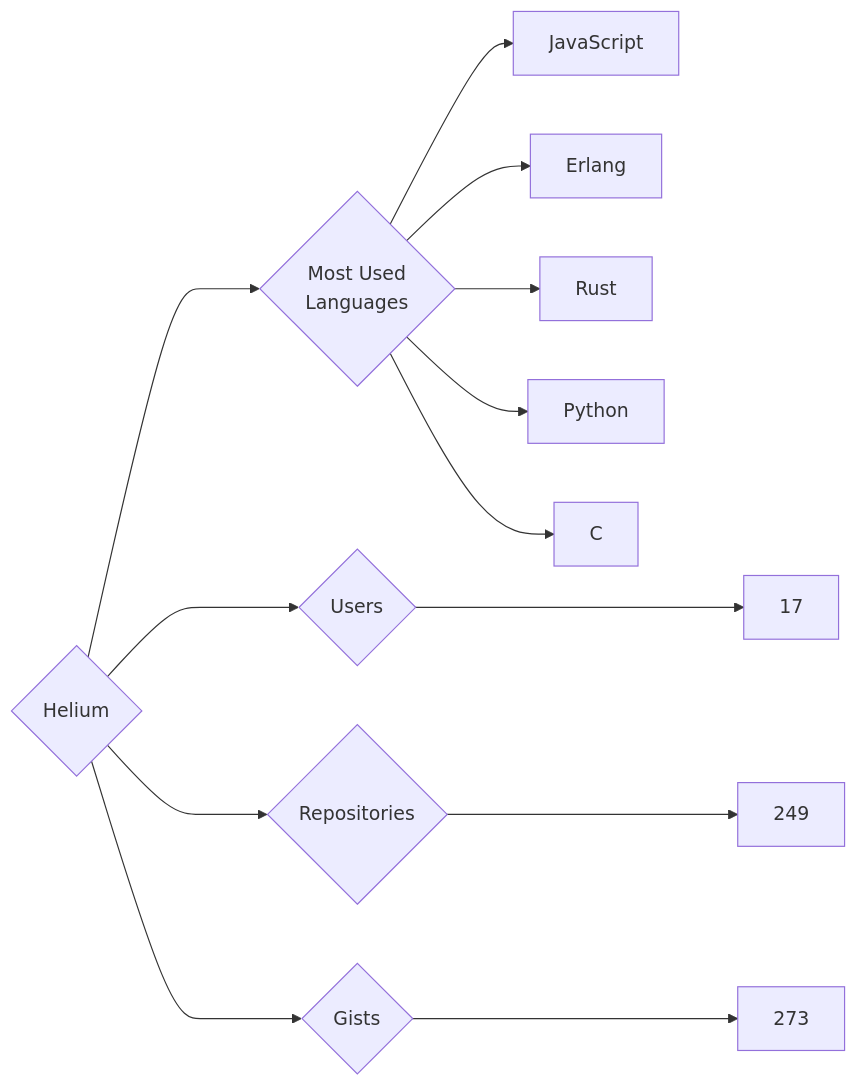
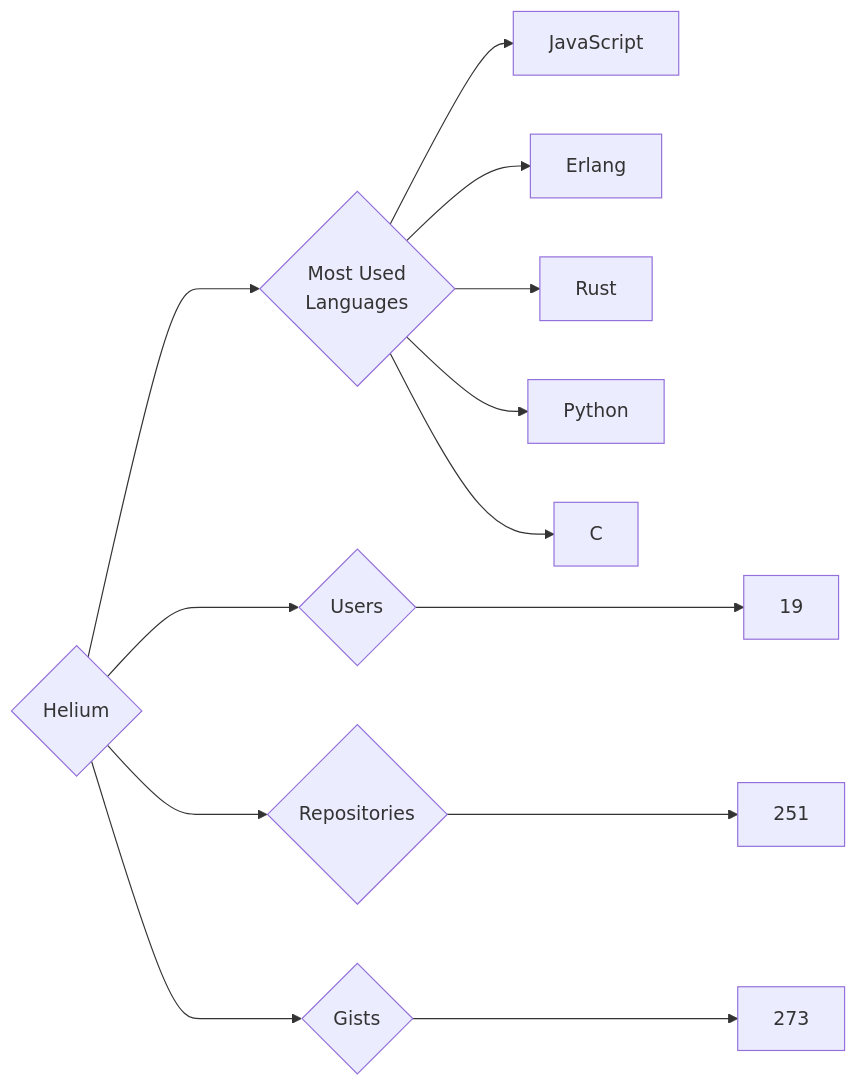
One commit to trickest/insiders changed the diagram in targets/Helium/README.md. Above: the diagram before and after it, drawn with Mermaid. The commit also changed 1020 other files, not shown here.

````diff
--- a/targets/Helium/README.md
+++ b/targets/Helium/README.md
@@ -3,13 +3,13 @@
 ```mermaid
 graph LR
 COMPANY_NAME{Helium}
-COMPANY_NAME ---> U{Users} ---> UN[17]
-COMPANY_NAME ---> R{Repositories} ---> RN[249]
+COMPANY_NAME ---> U{Users} ---> UN[19]
+COMPANY_NAME ---> R{Repositories} ---> RN[251]
 COMPANY_NAME ---> G{Gists} ---> GN[273]
 COMPANY_NAME ---> ML{Most Used<br>Languages}
 ML --> JavaScript[JavaScript]
 ML --> Erlang[Erlang]
 ML --> Rust[Rust]
 ML --> Python[Python]
 ML --> C[C]
 ```
````
